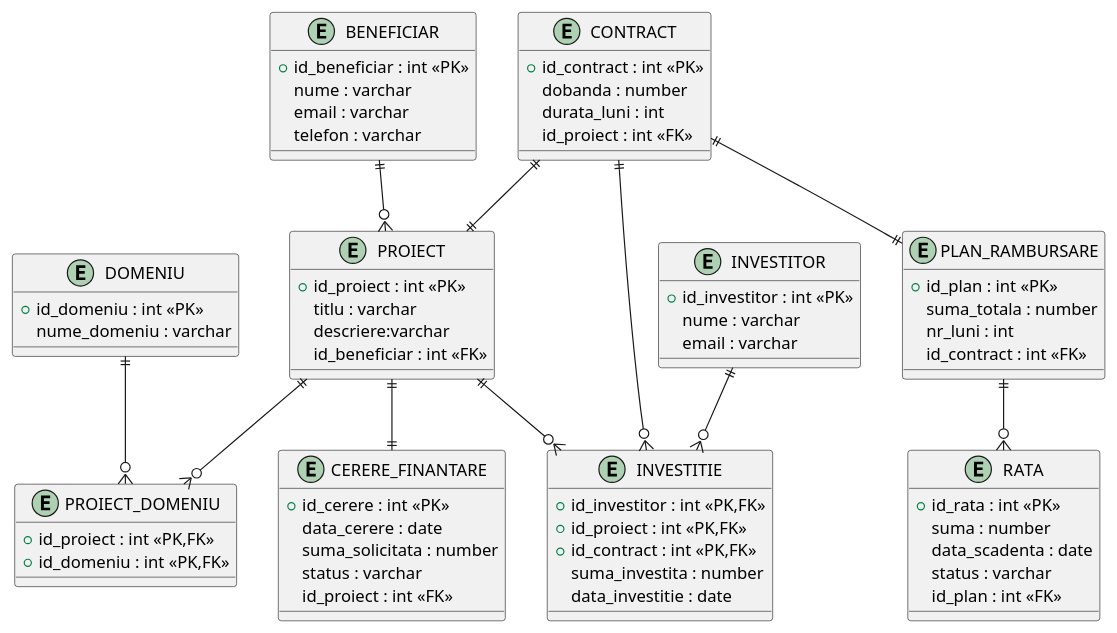
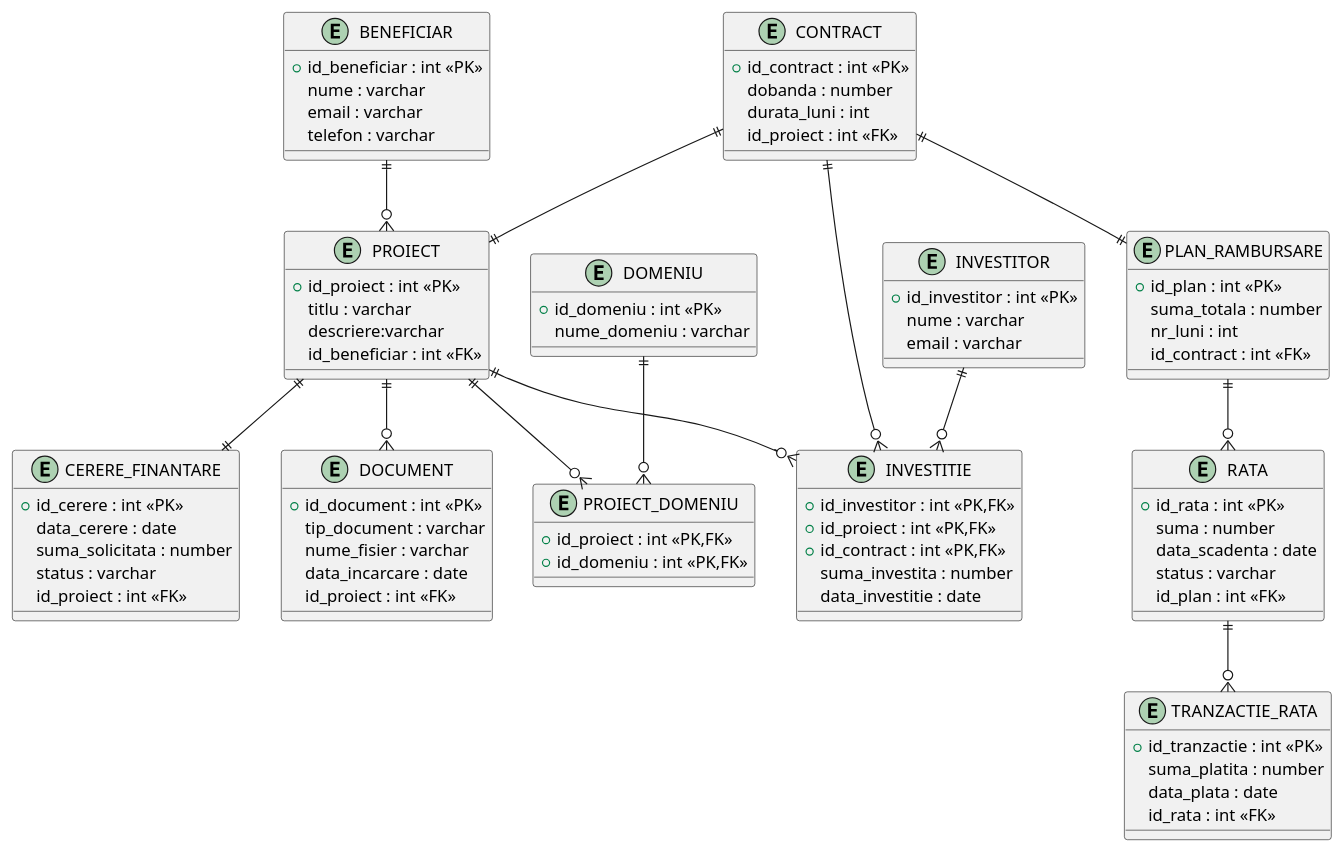
One commit to Andreea2505/Platfforma-Microfinantare changed the diagram in conceptual.puml. Above: the diagram before and after it, drawn with PlantUML.

```diff
--- a/conceptual.puml
+++ b/conceptual.puml
@@ -1,85 +1,102 @@
 @startuml microfinantare
 entity BENEFICIAR {
   +id_beneficiar : int <<PK>>
   nume : varchar
   email : varchar
   telefon : varchar
 }
 
 entity INVESTITOR {
   +id_investitor : int <<PK>>
   nume : varchar
   email : varchar
   
 }
 
 entity PROIECT {
   +id_proiect : int <<PK>>
   titlu : varchar
   descriere:varchar
   id_beneficiar : int <<FK>>
 }
 
 entity CERERE_FINANTARE {
   +id_cerere : int <<PK>>
   data_cerere : date
   suma_solicitata : number
   status : varchar
   id_proiect : int <<FK>>
 }
 
 entity CONTRACT {
   +id_contract : int <<PK>>
   dobanda : number
   durata_luni : int
   id_proiect : int <<FK>>
 }
 
 entity INVESTITIE {
   +id_investitor : int <<PK,FK>>
   +id_proiect : int <<PK,FK>>
   +id_contract : int <<PK,FK>>
   suma_investita : number
   data_investitie : date
 }
 
 entity PLAN_RAMBURSARE {
   +id_plan : int <<PK>>
   suma_totala : number
   nr_luni : int
   id_contract : int <<FK>>
 }
 
 entity RATA {
   +id_rata : int <<PK>>
   suma : number
   data_scadenta : date
   status : varchar
   id_plan : int <<FK>>
 }
 
 
 entity DOMENIU {
   +id_domeniu : int <<PK>>
   nume_domeniu : varchar
 }
 
 entity PROIECT_DOMENIU {
   +id_proiect : int <<PK,FK>>
   +id_domeniu : int <<PK,FK>>
 }
+entity TRANZACTIE_RATA {
+  +id_tranzactie : int <<PK>>
+  suma_platita : number
+  data_plata : date
+  id_rata : int <<FK>>
+}
+
+entity DOCUMENT {
+  +id_document : int <<PK>>
+  tip_document : varchar
+  nume_fisier : varchar
+  data_incarcare : date
+  id_proiect : int <<FK>>
+}
 BENEFICIAR ||--o{ PROIECT
 PROIECT ||--|| CERERE_FINANTARE
 
 INVESTITOR ||--o{ INVESTITIE
 PROIECT ||--o{ INVESTITIE
 CONTRACT ||--o{ INVESTITIE
 
 CONTRACT ||--|| PLAN_RAMBURSARE
 CONTRACT ||--|| PROIECT
 PLAN_RAMBURSARE ||--o{ RATA
 
 PROIECT ||--o{ PROIECT_DOMENIU
 DOMENIU ||--o{ PROIECT_DOMENIU
 
+RATA ||--o{ TRANZACTIE_RATA
+PROIECT ||--o{ DOCUMENT
+
 @enduml
```
